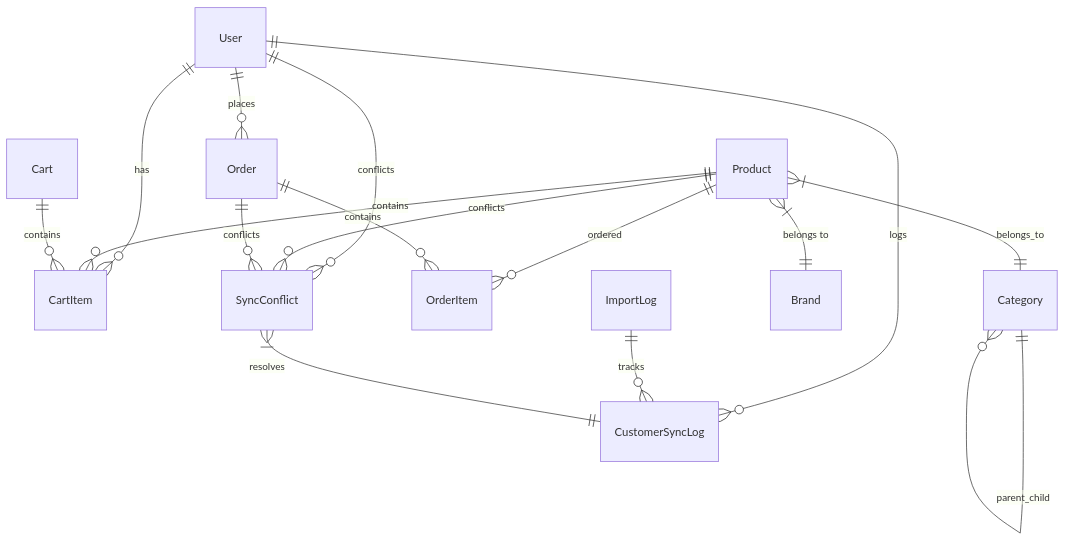
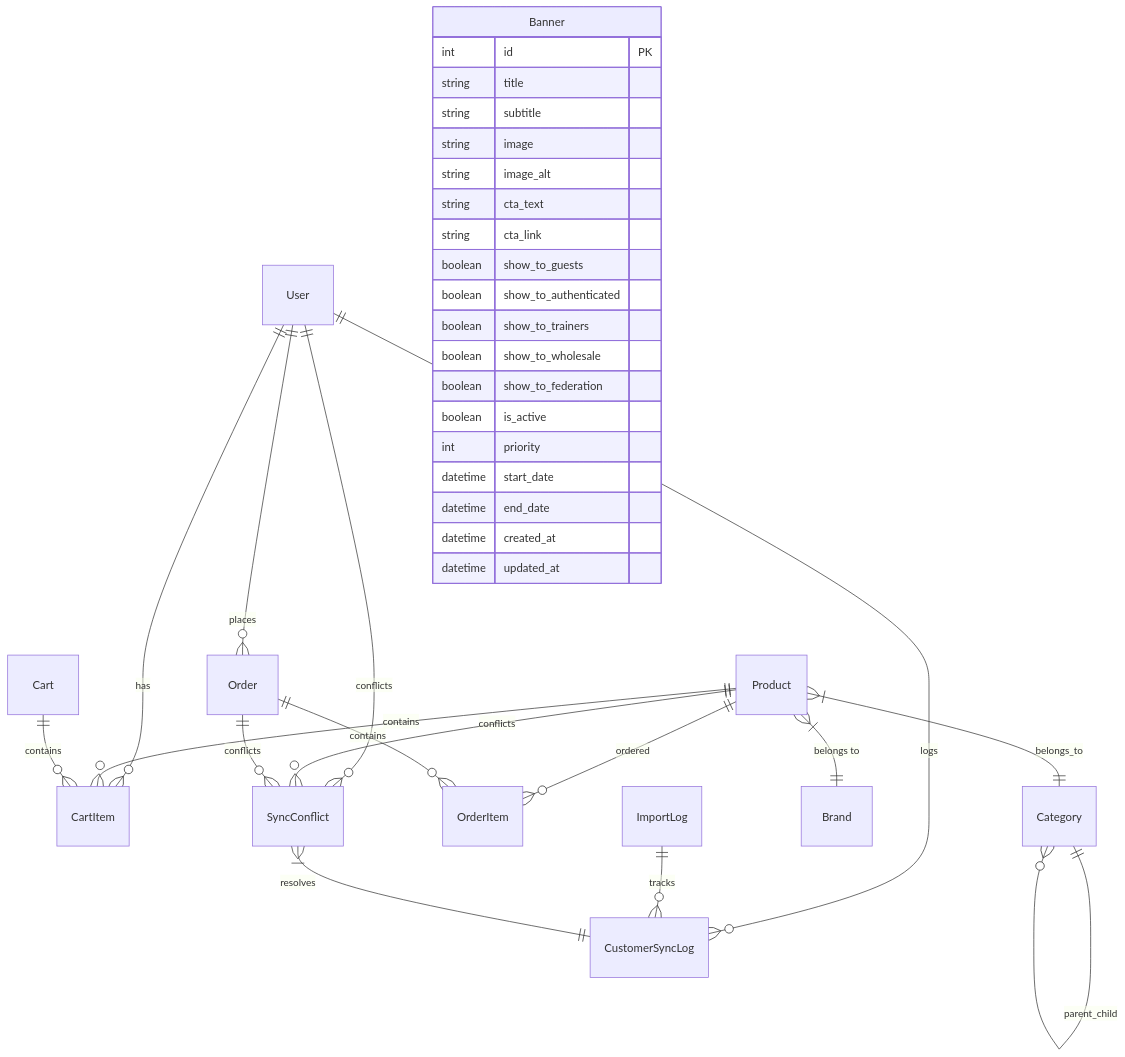
The first of 2 diagrams in docs/architecture/02-data-models.md (AlexMobiCraft/FREESPORT), drawn with Mermaid before and after one commit. The commit also changed other lines of this file and 39 other files, not shown here.

````diff
--- a/docs/architecture/02-data-models.md
+++ b/docs/architecture/02-data-models.md
@@ -5,23 +5,44 @@
 ```mermaid
 erDiagram
     User ||--o{ Order : places
     User ||--o{ CartItem : has
     User ||--o{ CustomerSyncLog : logs
     User ||--o{ SyncConflict : conflicts
     
     Product ||--o{ CartItem : contains
     Product ||--o{ OrderItem : ordered
     Product }|--|| Category : belongs_to
     Product }|--|| Brand : "belongs to"
     Product ||--o{ SyncConflict : conflicts
     
     Order ||--o{ OrderItem : contains
     Order ||--o{ SyncConflict : conflicts
     
     Category ||--o{ Category : parent_child
     
     Cart ||--o{ CartItem : contains
     
     ImportLog ||--o{ CustomerSyncLog : tracks
     SyncConflict }|--|| CustomerSyncLog : resolves
+
+    Banner {
+        int id PK
+        string title
+        string subtitle
+        string image
+        string image_alt
+        string cta_text
+        string cta_link
+        boolean show_to_guests
+        boolean show_to_authenticated
+        boolean show_to_trainers
+        boolean show_to_wholesale
+        boolean show_to_federation
+        boolean is_active
+        int priority
+        datetime start_date
+        datetime end_date
+        datetime created_at
+        datetime updated_at
+    }
 ```
````
